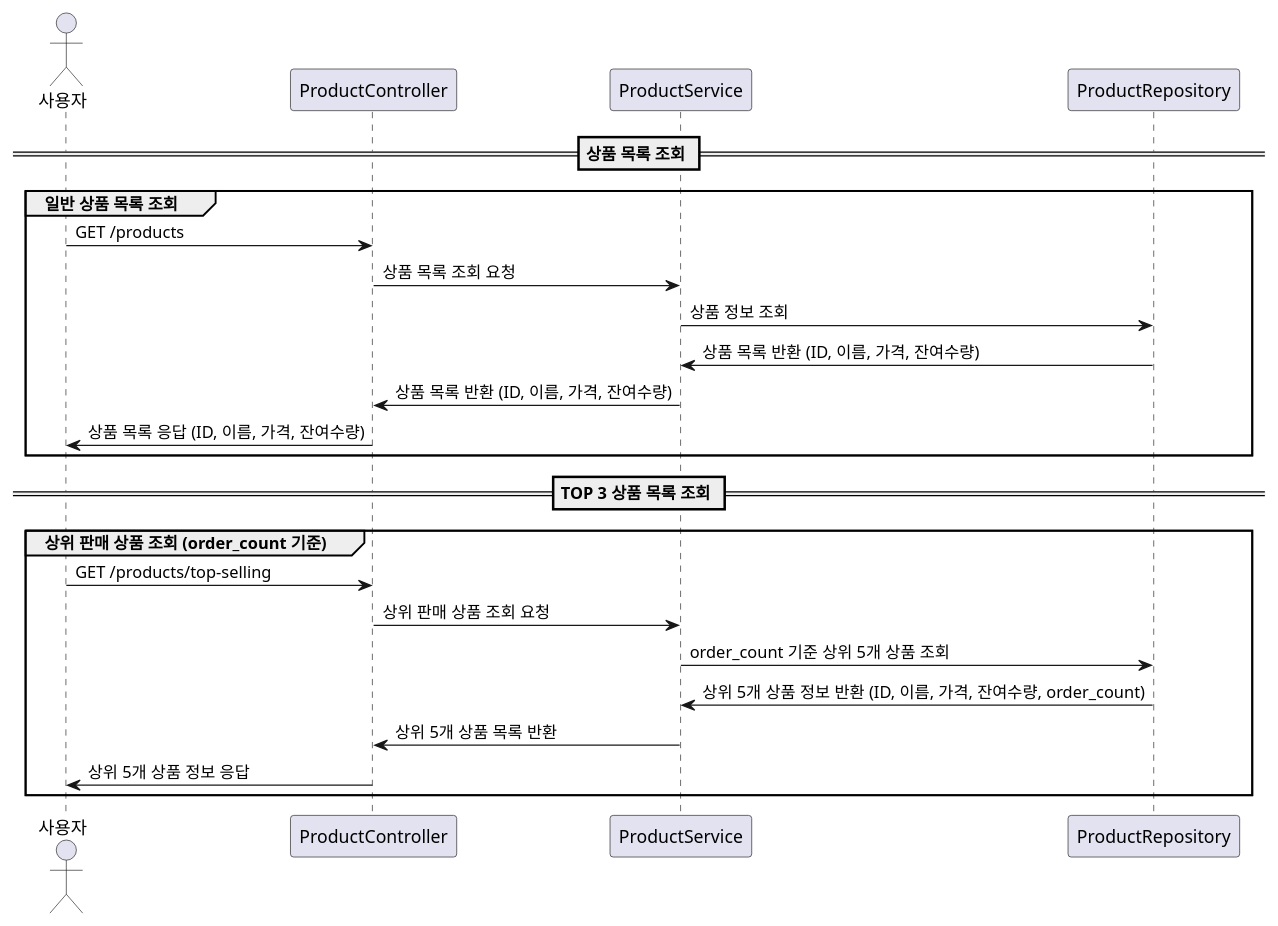
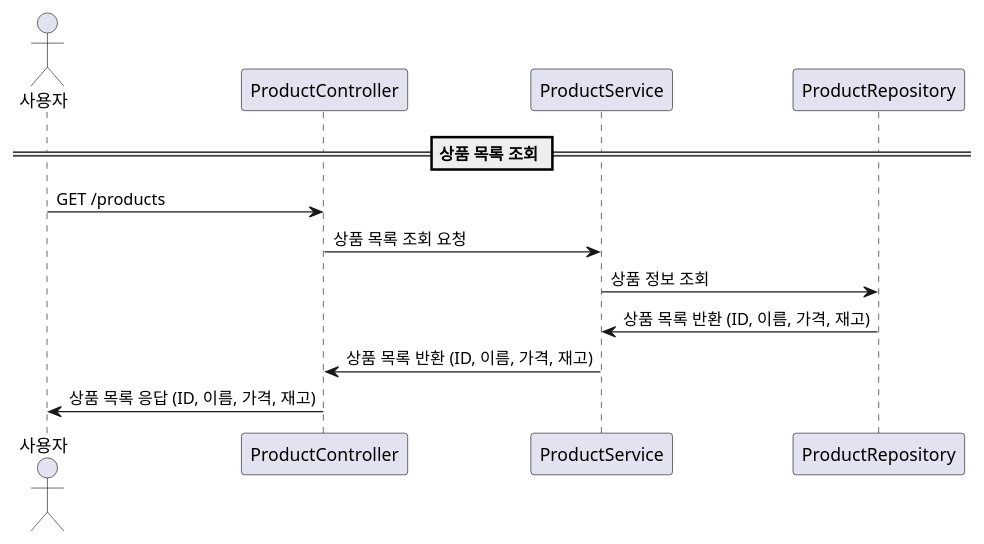
One commit to haahaahak/hhplus-ecommerce changed the diagram in diagram/product.puml. Above: the diagram before and after it, drawn with PlantUML. The commit also changed 3 other files, not shown here.

Commit message:
docs: 시퀀스 다이어그램 수정 및 상위 상품 추가

```diff
--- a/diagram/product.puml
+++ b/diagram/product.puml
@@ -1,28 +1,17 @@
 @startuml
 
 actor 사용자
 participant "ProductController"
 participant "ProductService"
 participant "ProductRepository"
 
 == 상품 목록 조회 ==
-group 일반 상품 목록 조회
-    사용자 -> ProductController : GET /products
-    ProductController -> ProductService : 상품 목록 조회 요청
-    ProductService -> ProductRepository : 상품 정보 조회
-    ProductRepository -> ProductService : 상품 목록 반환 (ID, 이름, 가격, 잔여수량)
-    ProductService -> ProductController : 상품 목록 반환 (ID, 이름, 가격, 잔여수량)
-    ProductController -> 사용자 : 상품 목록 응답 (ID, 이름, 가격, 잔여수량)
-end group
+사용자 -> ProductController : GET /products
+ProductController -> ProductService : 상품 목록 조회 요청
+ProductService -> ProductRepository : 상품 정보 조회
+ProductRepository -> ProductService : 상품 목록 반환 (ID, 이름, 가격, 재고)
+ProductService -> ProductController : 상품 목록 반환 (ID, 이름, 가격, 재고)
+ProductController -> 사용자 : 상품 목록 응답 (ID, 이름, 가격, 재고)
 
-== TOP 3 상품 목록 조회 ==
-group 상위 판매 상품 조회 (order_count 기준)
-    사용자 -> ProductController : GET /products/top-selling
-    ProductController -> ProductService : 상위 판매 상품 조회 요청
-    ProductService -> ProductRepository : order_count 기준 상위 5개 상품 조회
-    ProductRepository -> ProductService : 상위 5개 상품 정보 반환 (ID, 이름, 가격, 잔여수량, order_count)
-    ProductService -> ProductController : 상위 5개 상품 목록 반환
-    ProductController -> 사용자 : 상위 5개 상품 정보 응답
-end group
 
 @enduml
```
